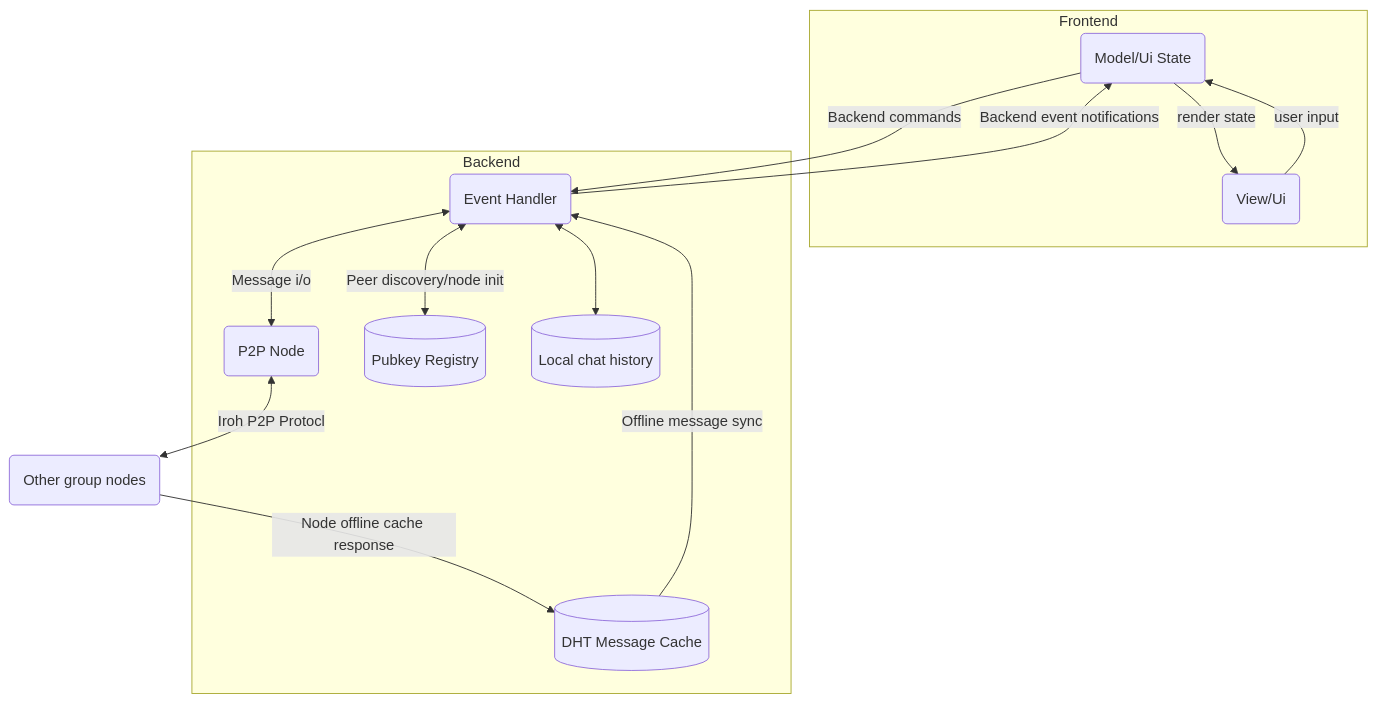
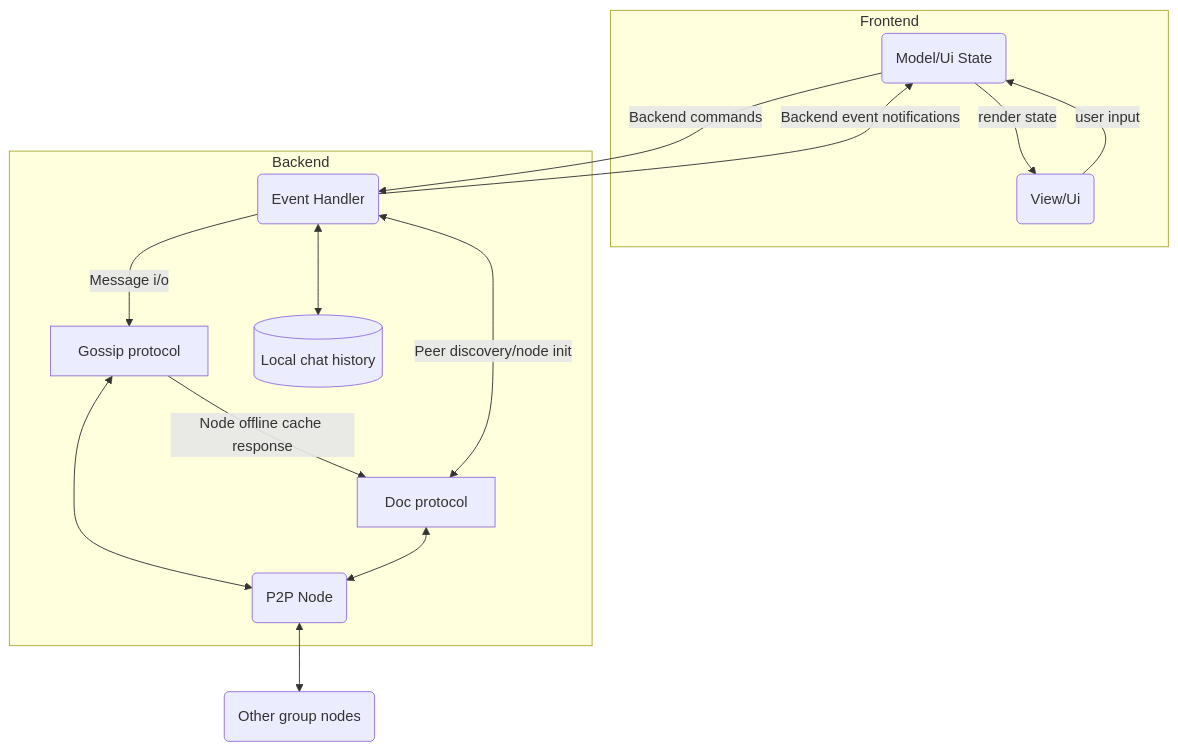
Before and after one commit to GabrielNakamoto/juus: the diagram in README.md, drawn with Mermaid.

Commit message:
Update readme chart

````diff
--- a/README.md
+++ b/README.md
@@ -12,17 +12,19 @@
 ```mermaid
 flowchart TD
     subgraph Frontend
         X(Model/Ui State) -->|render state| B(View/Ui)
         B -->|user input| X
     end
     subgraph Backend
-        C(Event Handler) <-->|Message i/o| Y(P2P Node)
-		C <-->|Peer discovery/node init| D[(Pubkey Registry)]
-        F[(DHT Message Cache)] -->|Offline message sync| C
+        C(Event Handler) -->|Message i/o|G
+        G[Gossip protocol] <--> Y(P2P Node)
+        G -->|Node offline cache response| H
+        H[Doc protocol] <--> Y
+		C <-->|Peer discovery/node init| H
         C <--> Z[(Local chat history)]
+
     end
-    X -->|Backend commands|C
+    X -->|Backend commands|C(Event Handler)
     C -->|Backend event notifications|X
-    Y <-->|Iroh P2P Protocl| E(Other group nodes)
-    E -->|Node offline cache response| F
+    Y <--> E(Other group nodes)
 ```
````
